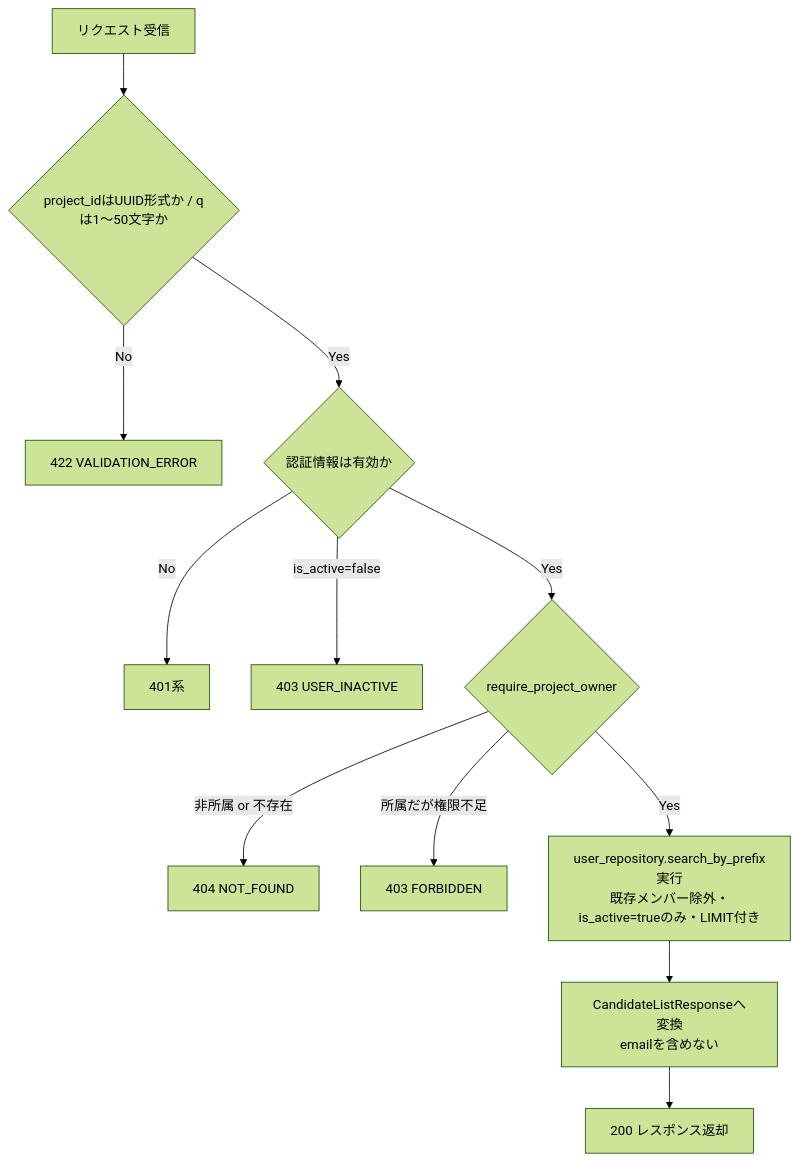
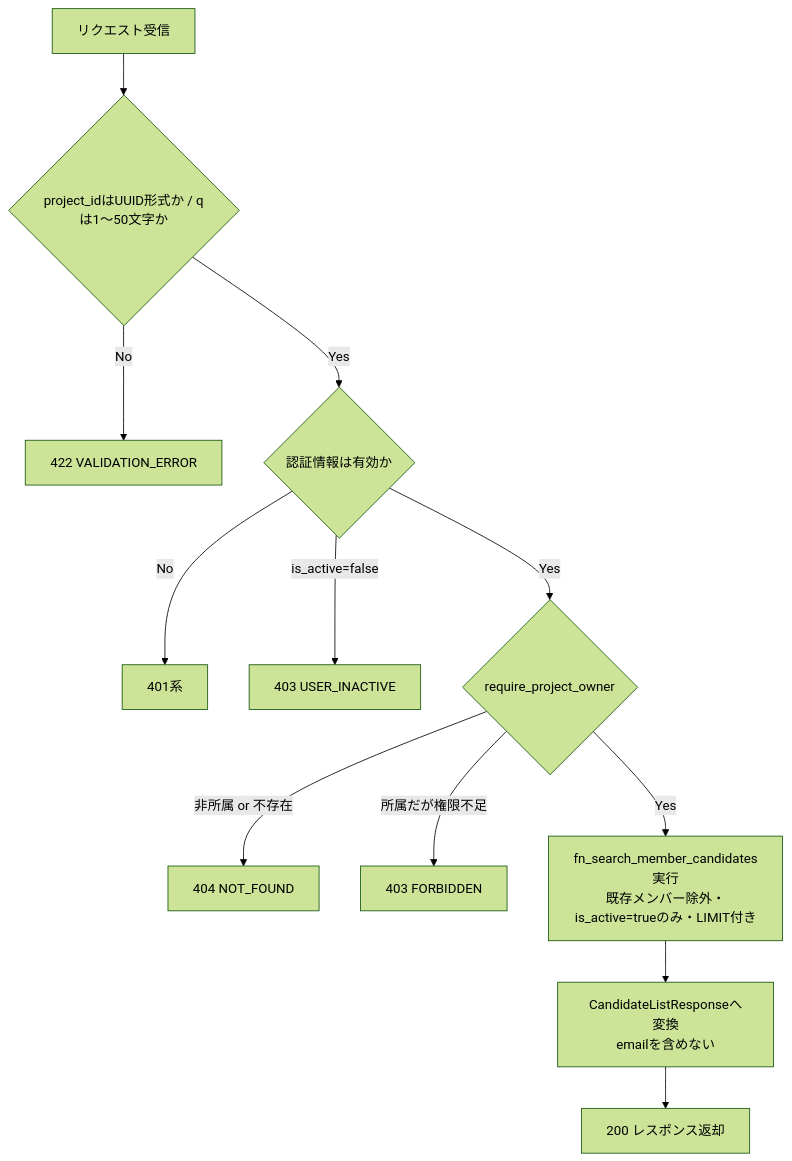
One commit to oikawa-d/task_management changed the second of 4 diagrams in detailed_design/api/projects/08_get_project_member_candidates.md. Above: the diagram before and after it, drawn with Mermaid (forest theme). The commit also changed other lines of this file and 58 other files, not shown here.

````diff
--- a/detailed_design/api/projects/08_get_project_member_candidates.md
+++ b/detailed_design/api/projects/08_get_project_member_candidates.md
@@ -110,14 +110,14 @@
 ```mermaid
 flowchart TB
     A["リクエスト受信"] --> B{"project_idはUUID形式か / qは1〜50文字か"}
     B -->|No| E1["422 VALIDATION_ERROR"]
     B -->|Yes| C{"認証情報は有効か"}
     C -->|No| E2["401系"]
     C -->|is_active=false| E3["403 USER_INACTIVE"]
     C -->|Yes| D{"require_project_owner"}
     D -->|非所属 or 不存在| E4["404 NOT_FOUND"]
     D -->|所属だが権限不足| E5["403 FORBIDDEN"]
-    D -->|Yes| F["user_repository.search_by_prefix実行<br/>既存メンバー除外・is_active=trueのみ・LIMIT付き"]
+    D -->|Yes| F["fn_search_member_candidates実行<br/>既存メンバー除外・is_active=trueのみ・LIMIT付き"]
     F --> G["CandidateListResponseへ変換<br/>emailを含めない"]
     G --> H["200 レスポンス返却"]
 ```
````
